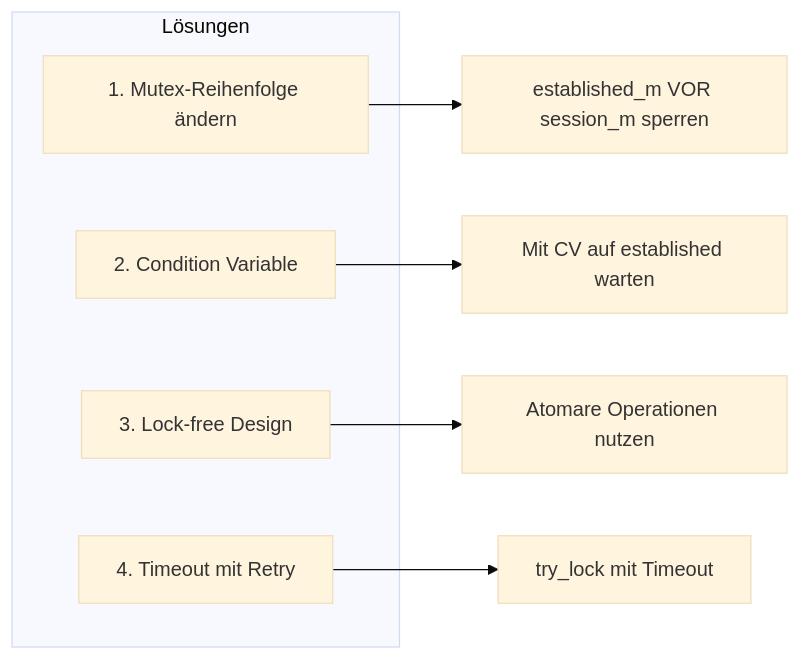
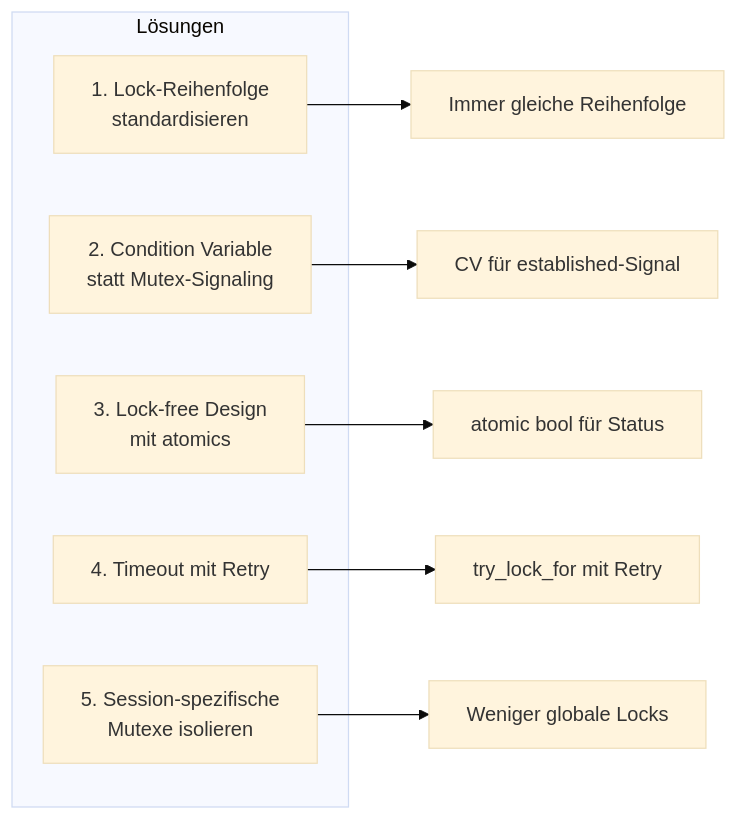
Diagram 12 of 12 in src/ftp/issue-14/ANALYSE.md (nilshenrich/TCP_ServerClient), drawn with Mermaid (base theme) before and after one commit. The commit also changed other lines of this file, not shown here.

Commit message:
Analysis update: Mind shared lock

````diff
--- a/src/ftp/issue-14/ANALYSE.md
+++ b/src/ftp/issue-14/ANALYSE.md
@@ -260,14 +418,16 @@
 ```mermaid
 flowchart LR
     subgraph Lösungen
-        L1[1. Mutex-Reihenfolge ändern]
-        L2[2. Condition Variable]
-        L3[3. Lock-free Design]
+        L1[1. Lock-Reihenfolge<br/>standardisieren]
+        L2[2. Condition Variable<br/>statt Mutex-Signaling]
+        L3[3. Lock-free Design<br/>mit atomics]
         L4[4. Timeout mit Retry]
+        L5[5. Session-spezifische<br/>Mutexe isolieren]
     end
 
-    L1 --> D1[established_m VOR session_m sperren]
-    L2 --> D2[Mit CV auf established warten]
-    L3 --> D3[Atomare Operationen nutzen]
-    L4 --> D4[try_lock mit Timeout]
+    L1 --> D1[Immer gleiche Reihenfolge]
+    L2 --> D2[CV für established-Signal]
+    L3 --> D3[atomic bool für Status]
+    L4 --> D4[try_lock_for mit Retry]
+    L5 --> D5[Weniger globale Locks]
 ```
````
